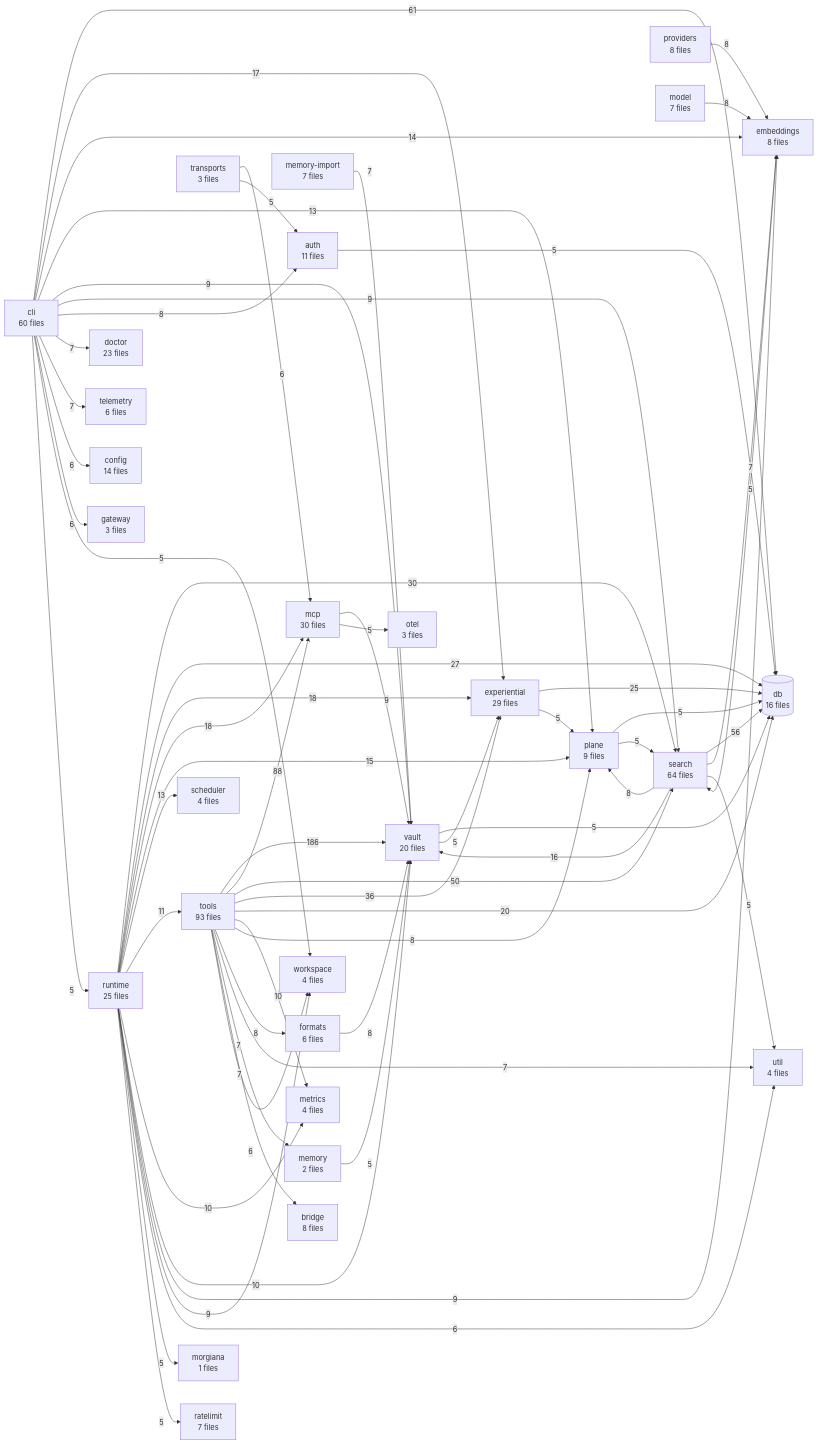
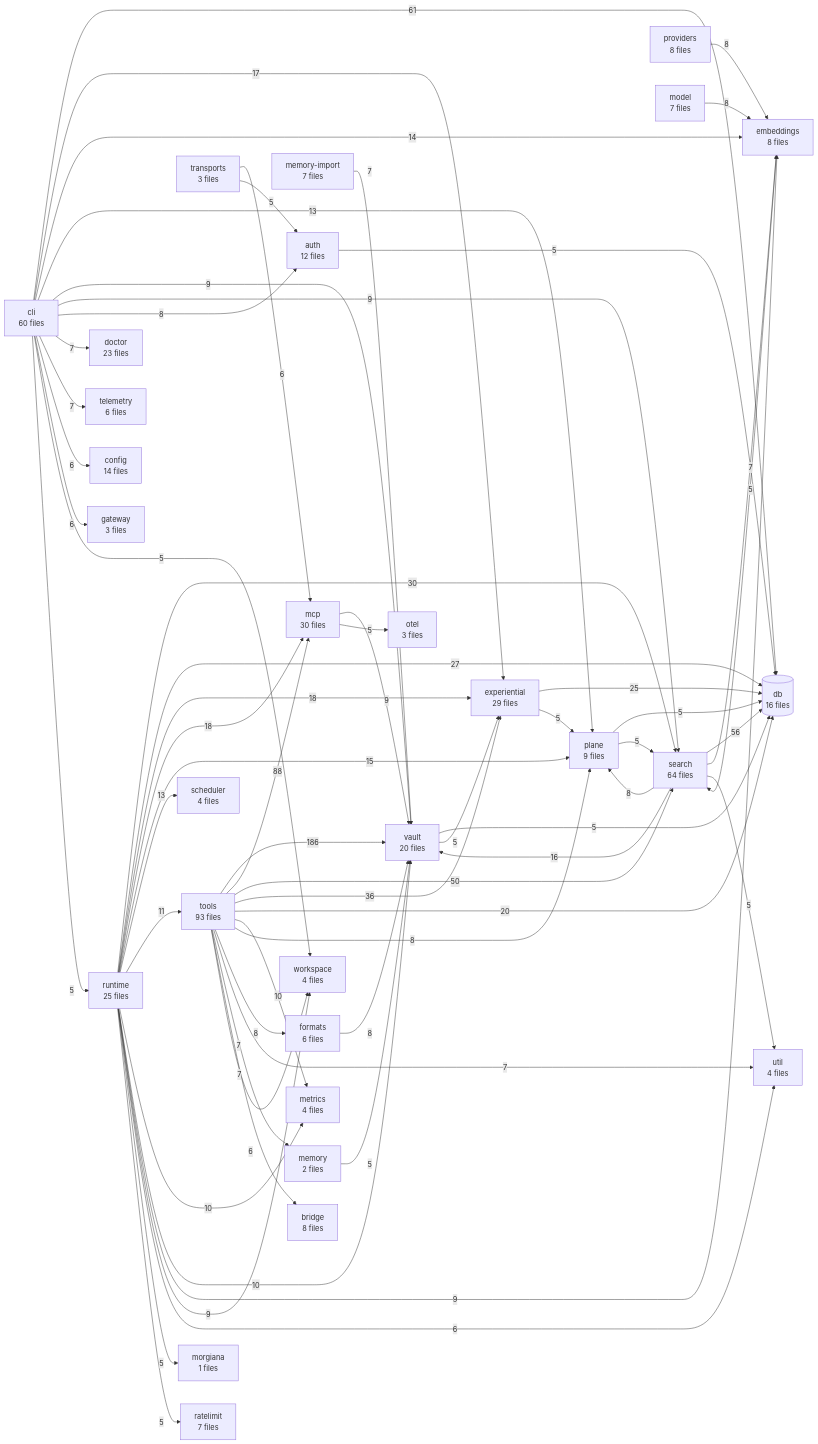
Before and after one commit to The-40-Thieves/obsidian-tc: the diagram in TREE.md, drawn with Mermaid. The commit also changed other lines of this file and 24 other files, not shown here.

```diff
--- a/TREE.md
+++ b/TREE.md
@@ -338,7 +338,7 @@
   vault[vault<br/>20 files]
   db[(db<br/>16 files)]
   config[config<br/>14 files]
-  auth[auth<br/>11 files]
+  auth[auth<br/>12 files]
   plane[plane<br/>9 files]
   bridge[bridge<br/>8 files]
   embeddings[embeddings<br/>8 files]
```
